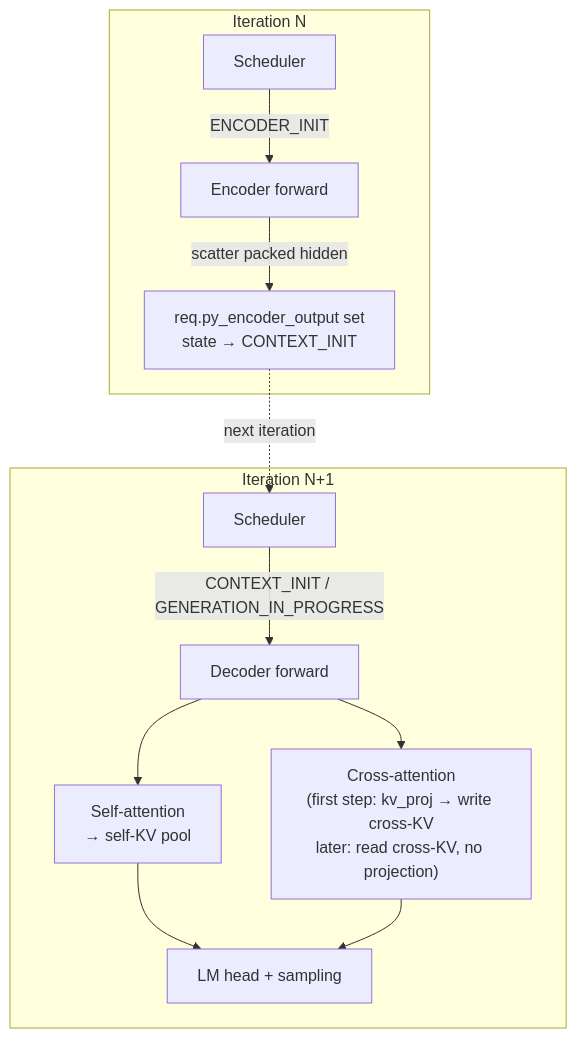
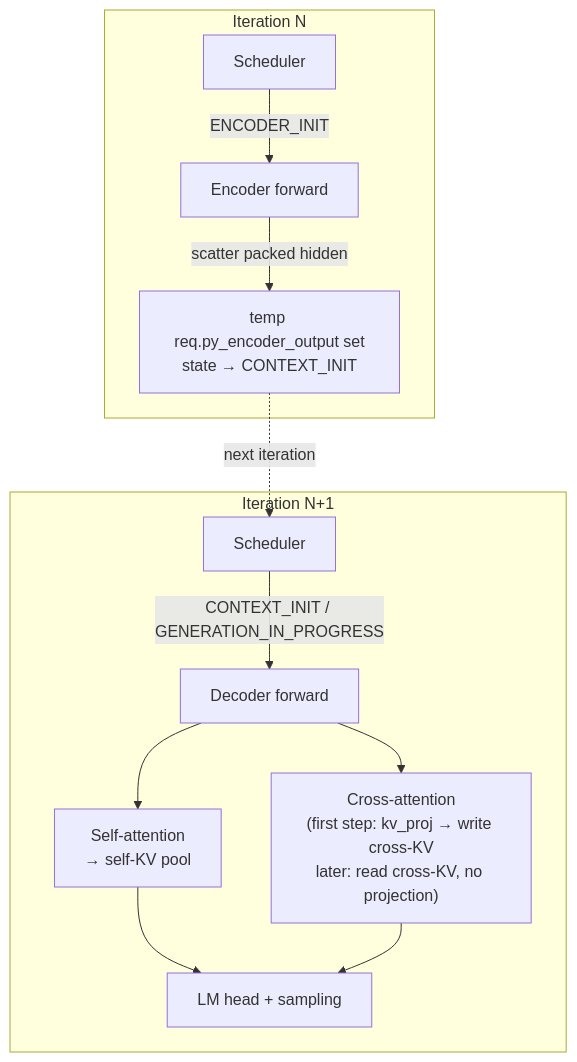
The second of 2 diagrams in encoder_decoder_porting_guide.md (NVIDIA/TensorRT-LLM), drawn with Mermaid before and after one commit. The commit also changed other lines of this file, not shown here.

````diff
--- a/encoder_decoder_porting_guide.md
+++ b/encoder_decoder_porting_guide.md
@@ -235,17 +235,17 @@
 ```mermaid
 flowchart TD
     subgraph iter_n [Iteration N]
         S1[Scheduler]
         S1 -->|ENCODER_INIT| E[Encoder forward]
-        E -->|scatter packed hidden| R[req.py_encoder_output set<br/>state → CONTEXT_INIT]
+        E -->|scatter packed hidden| R[temp req.py_encoder_output set<br/>state → CONTEXT_INIT]
     end
     subgraph iter_n1 [Iteration N+1]
         S2[Scheduler]
         S2 -->|CONTEXT_INIT / GENERATION_IN_PROGRESS| D[Decoder forward]
         D --> SA[Self-attention<br/>→ self-KV pool]
         D --> CA["Cross-attention<br/>(first step: kv_proj → write cross-KV<br/>later: read cross-KV, no projection)"]
         SA --> LM[LM head + sampling]
         CA --> LM
     end
     R -.->|next iteration| S2
 ```
````
